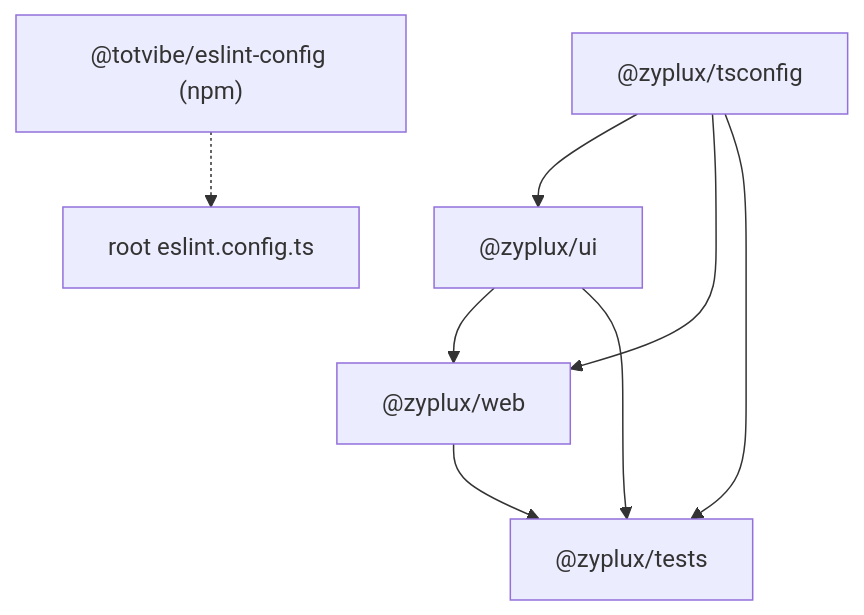
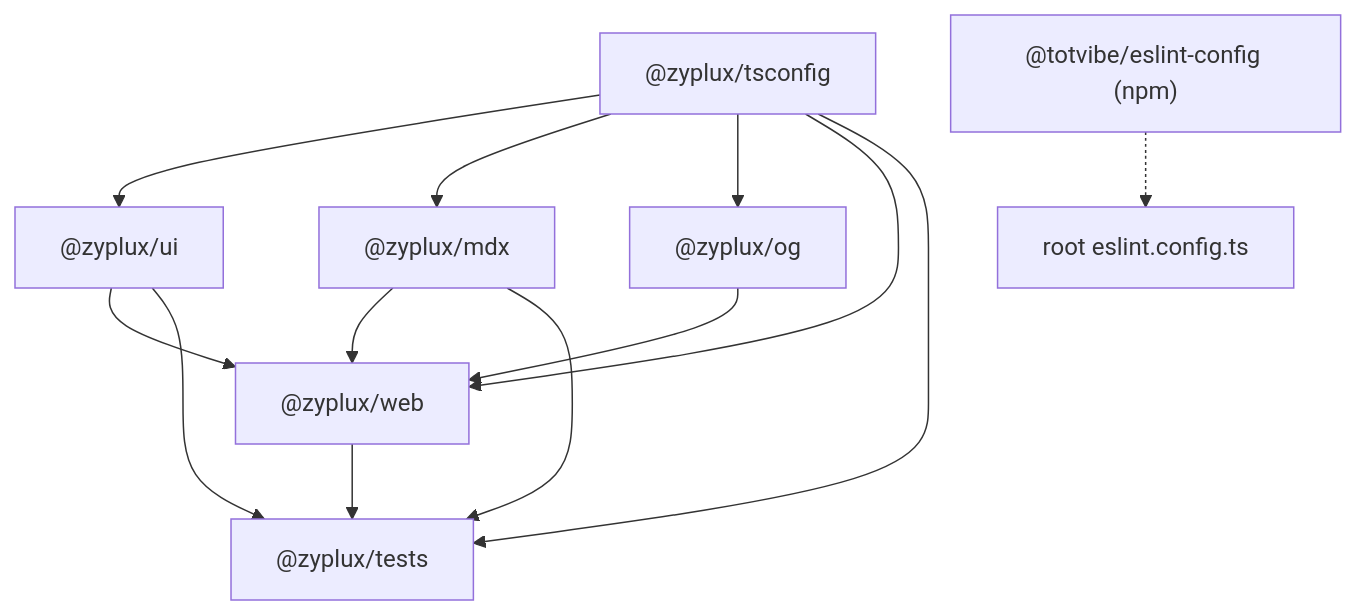
Before and after one commit to realSergiy/zyplux-ai: the diagram in MONOREPO.md, drawn with Mermaid. The commit also changed other lines of this file and 68 other files, not shown here.

````diff
--- a/MONOREPO.md
+++ b/MONOREPO.md
@@ -9,10 +9,15 @@
 ```mermaid
 flowchart TD
     tsconfig["@zyplux/tsconfig"] --> ui["@zyplux/ui"]
+    tsconfig --> mdx["@zyplux/mdx"]
+    tsconfig --> og["@zyplux/og"]
     tsconfig --> web["@zyplux/web"]
     tsconfig --> tests["@zyplux/tests"]
     ui --> web
+    mdx --> web
+    og --> web
     ui --> tests
+    mdx --> tests
     web --> tests
     eslint["@totvibe/eslint-config (npm)"] -.-> root["root eslint.config.ts"]
 ```
````
